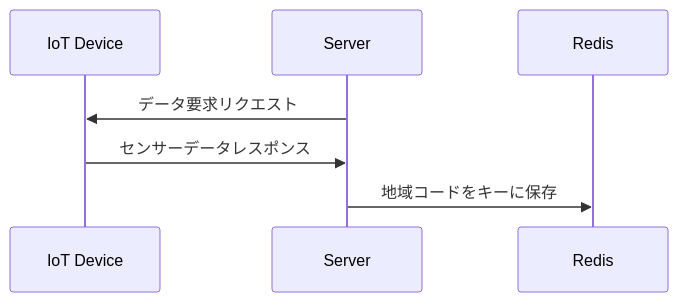
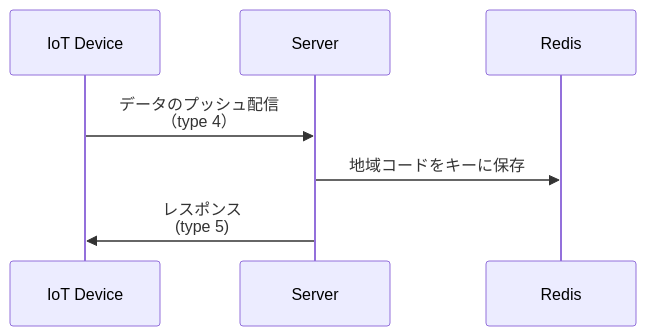
The third of 3 diagrams in WIP仕様表.md (U22-2025/WIP), drawn with Mermaid before and after one commit. The commit also changed other lines of this file and 1 other file, not shown here.

````diff
--- a/WIP仕様表.md
+++ b/WIP仕様表.md
@@ -154,9 +158,9 @@
 ```mermaid
 sequenceDiagram
     participant IoT Device
     participant Server
     
-    Server->>IoT Device: データ要求リクエスト
-    IoT Device->>Server: センサーデータレスポンス
+    IoT Device->>Server: データのプッシュ配信<br>（type 4）
     Server->>Redis: 地域コードをキーに保存
+    Server->>IoT Device: レスポンス<br>(type 5)
 ```
````
